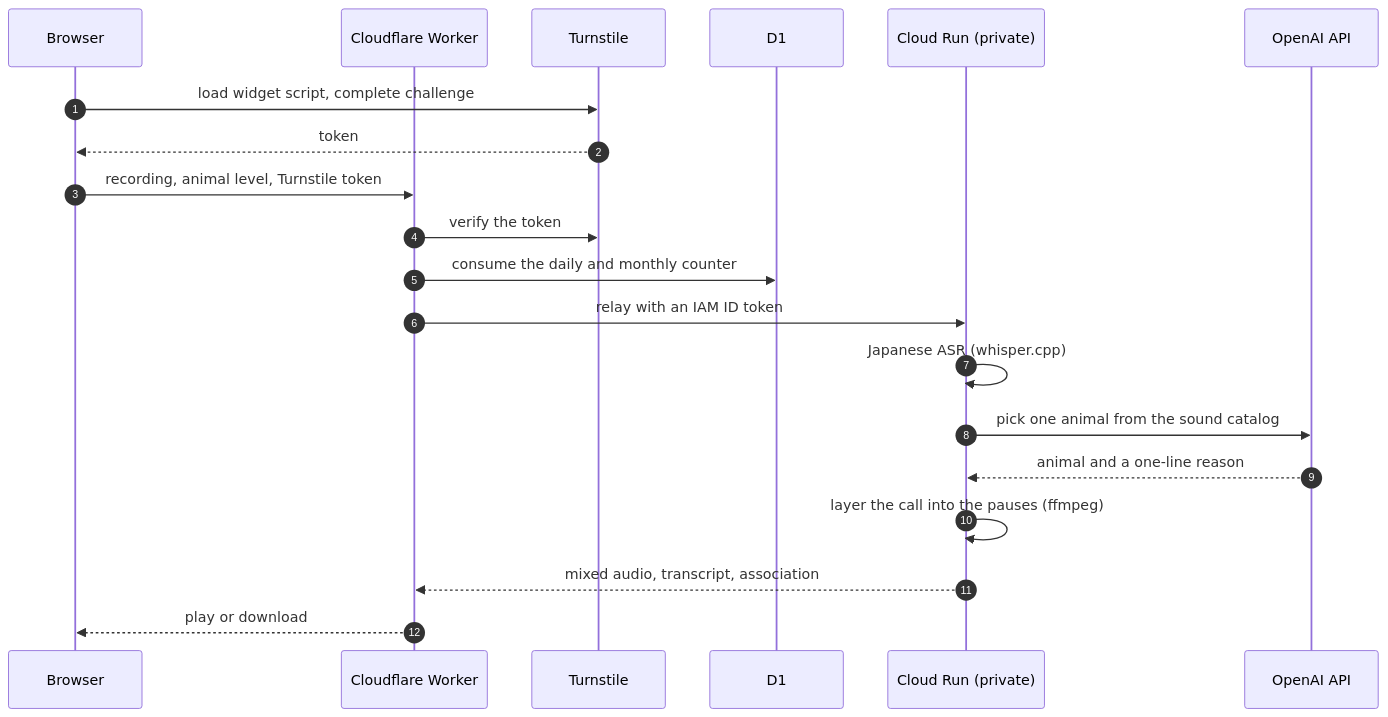
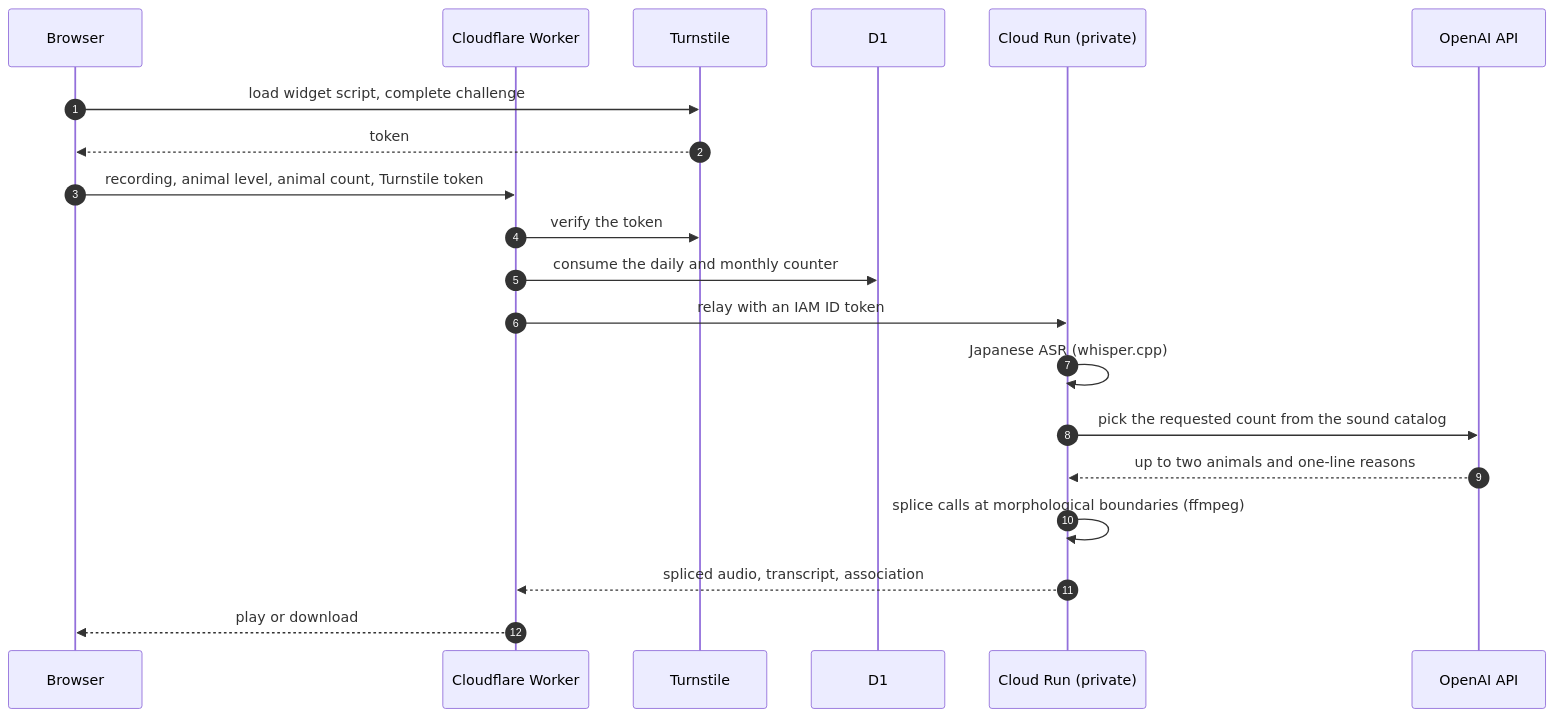
One commit to inakaegg/voice-lab changed the second of 2 diagrams in README.md. Above: the diagram before and after it, drawn with Mermaid. The commit also changed other lines of this file and 53 other files, not shown here.

Commit message:
Zoovoiceを単語境界spliceへ変更 / Splice animal calls at word boundaries

````diff
--- a/README.md
+++ b/README.md
@@ -184,22 +184,22 @@
 ```mermaid
 sequenceDiagram
     autonumber
     participant B as Browser
     participant W as Cloudflare Worker
     participant T as Turnstile
     participant D as D1
     participant C as Cloud Run (private)
     participant O as OpenAI API
     B->>T: load widget script, complete challenge
     T-->>B: token
-    B->>W: recording, animal level, Turnstile token
+    B->>W: recording, animal level, animal count, Turnstile token
     W->>T: verify the token
     W->>D: consume the daily and monthly counter
     W->>C: relay with an IAM ID token
     C->>C: Japanese ASR (whisper.cpp)
-    C->>O: pick one animal from the sound catalog
-    O-->>C: animal and a one-line reason
-    C->>C: layer the call into the pauses (ffmpeg)
-    C-->>W: mixed audio, transcript, association
+    C->>O: pick the requested count from the sound catalog
+    O-->>C: up to two animals and one-line reasons
+    C->>C: splice calls at morphological boundaries (ffmpeg)
+    C-->>W: spliced audio, transcript, association
     W-->>B: play or download
 ```
````
